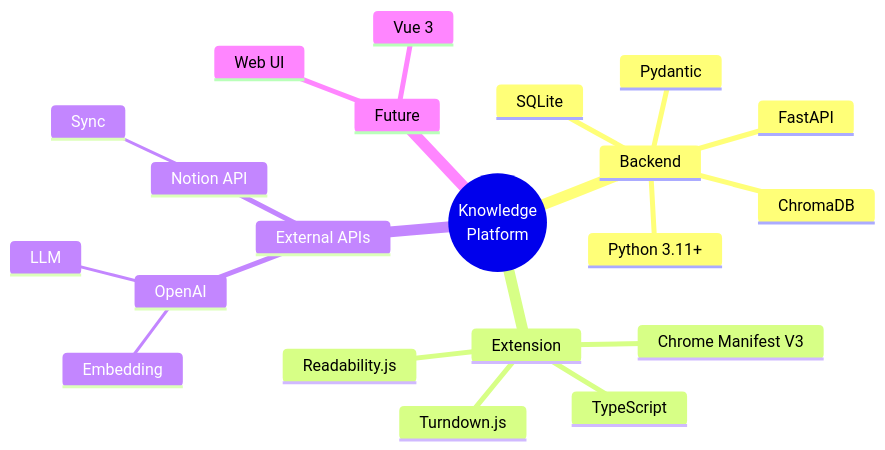
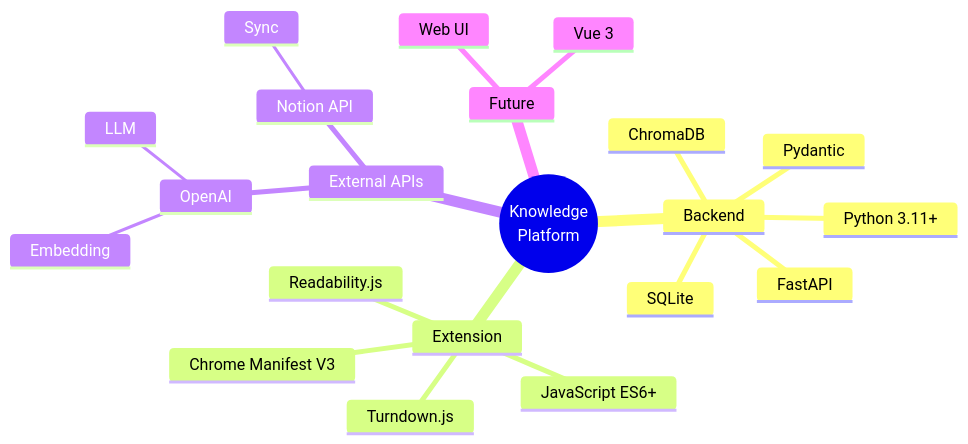
One commit to aliencat0528/knowledge-platform changed the seventh of 7 diagrams in docs/ARCHITECTURE.md. Above: the diagram before and after it, drawn with Mermaid. The commit also changed other lines of this file and 1 other file, not shown here.

Commit message:
docs: update README and architecture for extension changes
- Update extension installation instructions (no build step needed)
- Fix extension tech stack: TypeScript -> JavaScript ES6+
- Add utils/ and lib/ to extension module diagram

````diff
--- a/docs/ARCHITECTURE.md
+++ b/docs/ARCHITECTURE.md
@@ -304,24 +306,24 @@
 ```mermaid
 mindmap
   root((Knowledge<br/>Platform))
     Backend
       Python 3.11+
       FastAPI
       Pydantic
       SQLite
       ChromaDB
     Extension
-      TypeScript
+      JavaScript ES6+
       Chrome Manifest V3
       Readability.js
       Turndown.js
     External APIs
       OpenAI
         Embedding
         LLM
       Notion API
         Sync
     Future
       Vue 3
       Web UI
 ```
````
